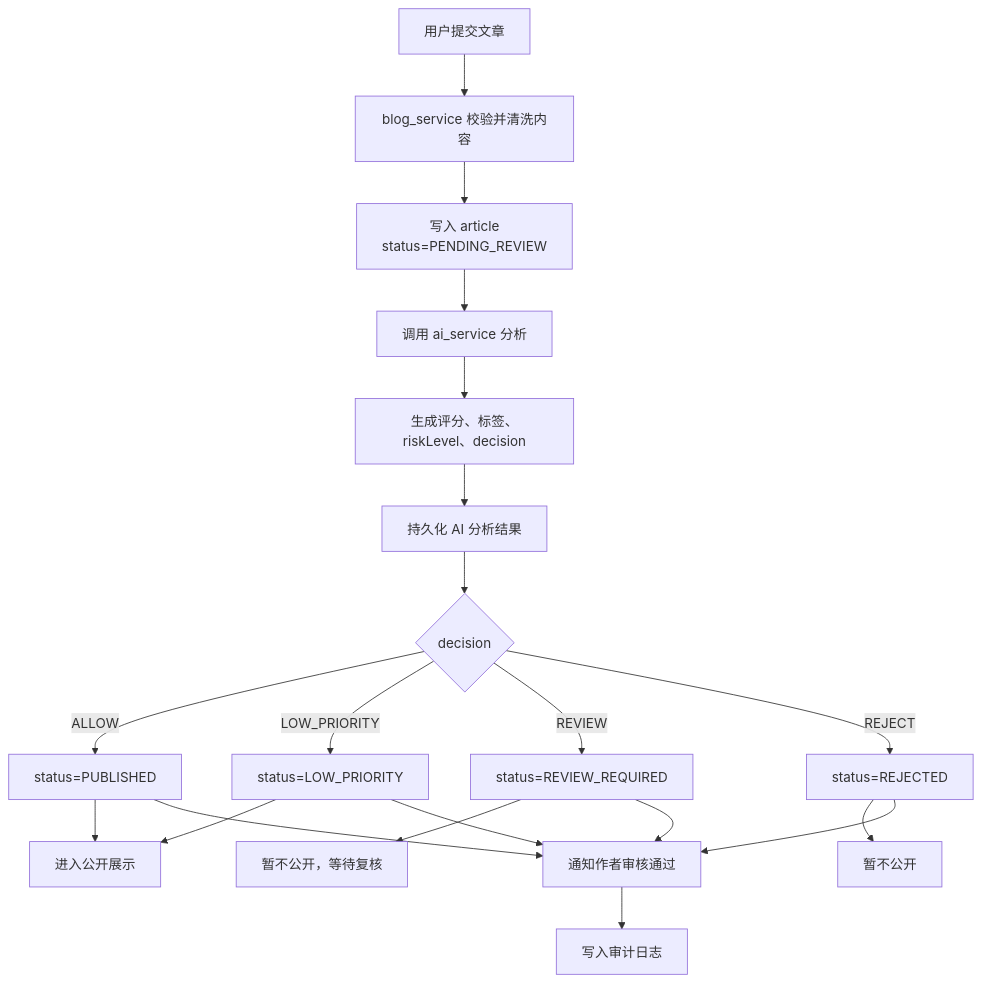
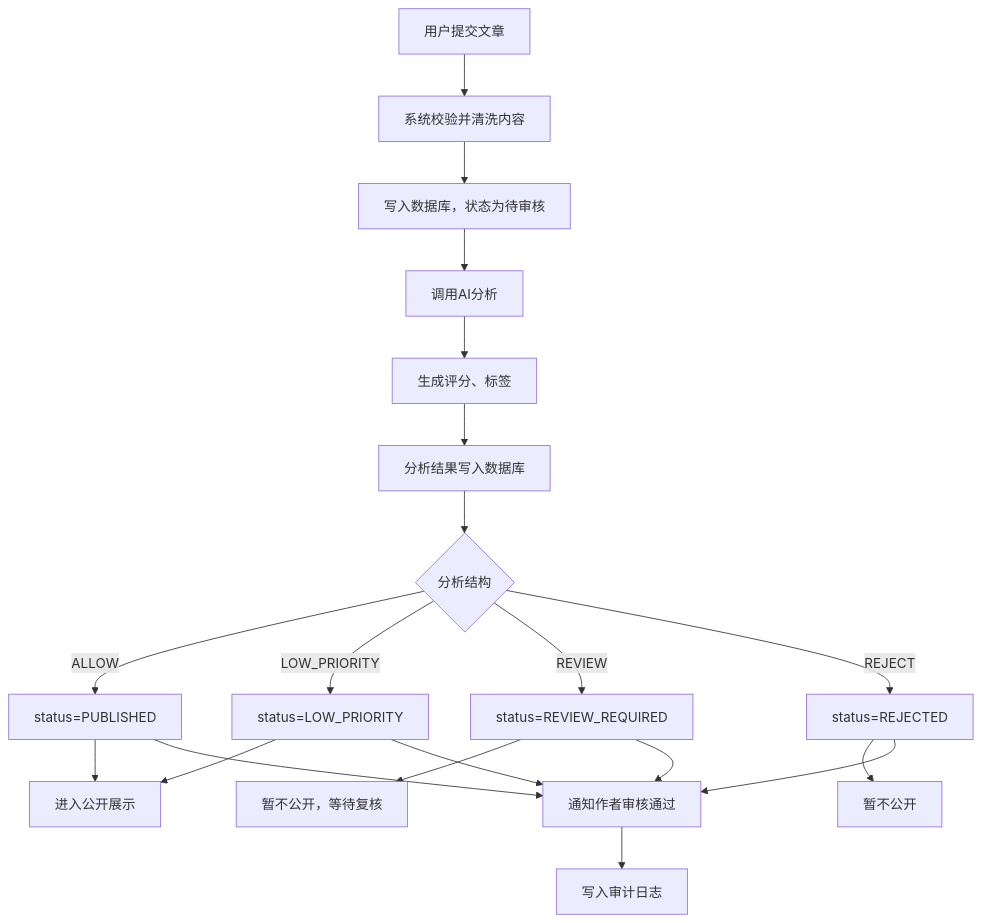
The diagram in docs/diagrams/modules/content-review-flow.mmd (miniz08/endlessRain), drawn with Mermaid before and after one commit. The commit also changed other lines of this file and 86 other files, not shown here.

```diff
--- a/docs/diagrams/modules/content-review-flow.mmd
+++ b/docs/diagrams/modules/content-review-flow.mmd
@@ -1,20 +1,20 @@
 flowchart TD
-  A["用户提交文章"] --> B["blog_service 校验并清洗内容"]
-  B --> C["写入 article<br/>status=PENDING_REVIEW"]
-  C --> D["调用 ai_service 分析"]
-  D --> E["生成评分、标签、riskLevel、decision"]
-  E --> F["持久化 AI 分析结果"]
-  F --> G{"decision"}
+  A["用户提交文章"] --> B["系统校验并清洗内容"]
+  B --> C["写入数据库，状态为待审核"]
+  C --> D["调用AI分析"]
+  D --> E["生成评分、标签"]
+  E --> F["分析结果写入数据库"]
+  F --> G{"分析结构"}
   G -- ALLOW --> H["status=PUBLISHED"]
   G -- LOW_PRIORITY --> I["status=LOW_PRIORITY"]
   G -- REVIEW --> J["status=REVIEW_REQUIRED"]
   G -- REJECT --> K["status=REJECTED"]
   H --> L["进入公开展示"]
   I --> L
   J --> M["暂不公开，等待复核"]
   K --> N["暂不公开"]
   H --> O["通知作者审核通过"]
   I --> O
   J --> O
   K --> O
   O --> P["写入审计日志"]
```
